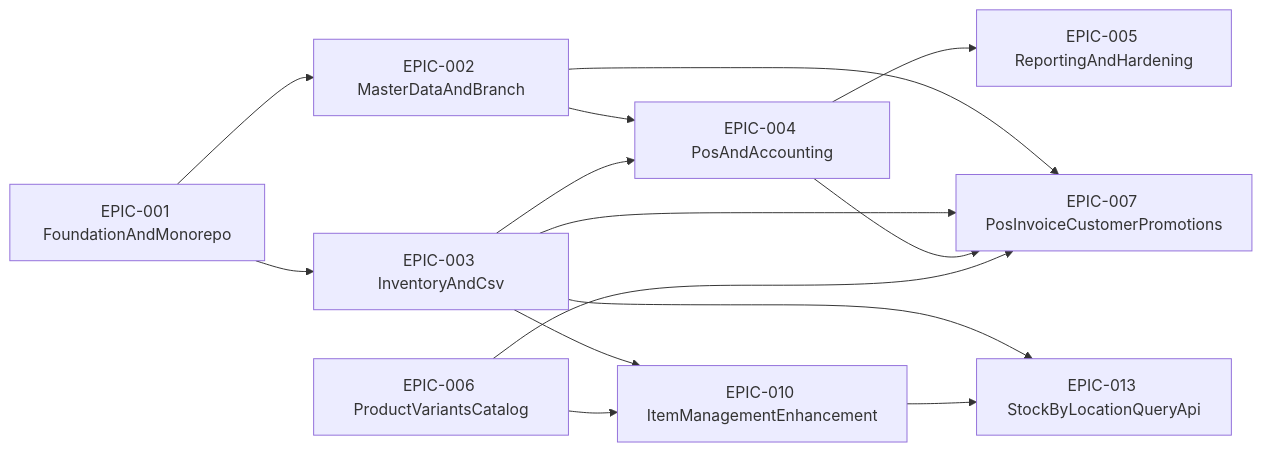
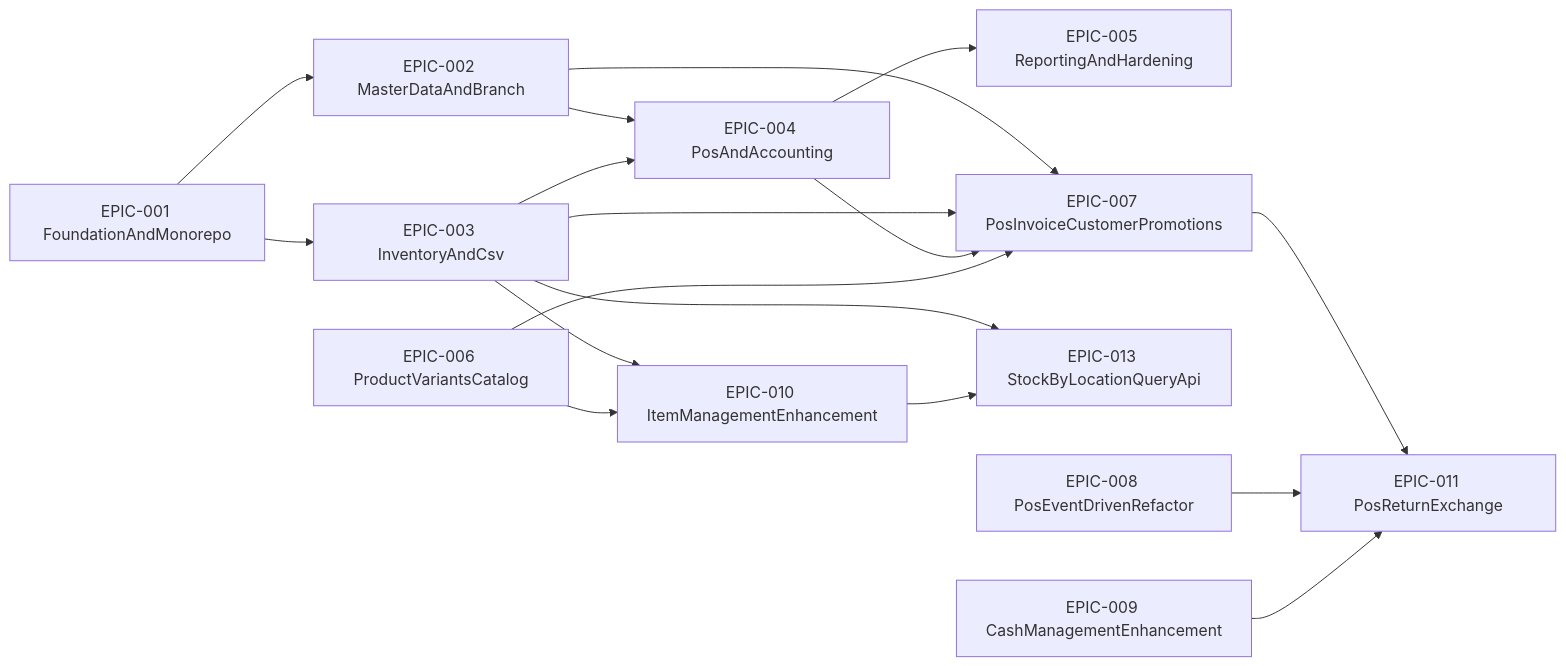
The first of 6 diagrams in tickets/README.md (JackTran15/jack-erp), drawn with Mermaid before and after one commit. The commit also changed other lines of this file and 64 other files, not shown here.

Commit message:
feat: implement return and refund features including invoice types, customer credits, and stock return handling

````diff
--- a/tickets/README.md
+++ b/tickets/README.md
@@ -12,16 +12,19 @@
 ```mermaid
 flowchart LR
   E1["EPIC-001 FoundationAndMonorepo"] --> E2["EPIC-002 MasterDataAndBranch"]
   E1 --> E3["EPIC-003 InventoryAndCsv"]
   E2 --> E4["EPIC-004 PosAndAccounting"]
   E3 --> E4
   E4 --> E5["EPIC-005 ReportingAndHardening"]
   E2 --> E7["EPIC-007 PosInvoiceCustomerPromotions"]
   E3 --> E7
   E4 --> E7
   E6["EPIC-006 ProductVariantsCatalog"] --> E7
   E3 --> E10["EPIC-010 ItemManagementEnhancement"]
   E6 --> E10
   E3 --> E13["EPIC-013 StockByLocationQueryApi"]
   E10 --> E13
+  E7["EPIC-007 PosInvoiceCustomerPromotions"] --> E11["EPIC-011 PosReturnExchange"]
+  E8["EPIC-008 PosEventDrivenRefactor"] --> E11
+  E9["EPIC-009 CashManagementEnhancement"] --> E11
 ```
````
